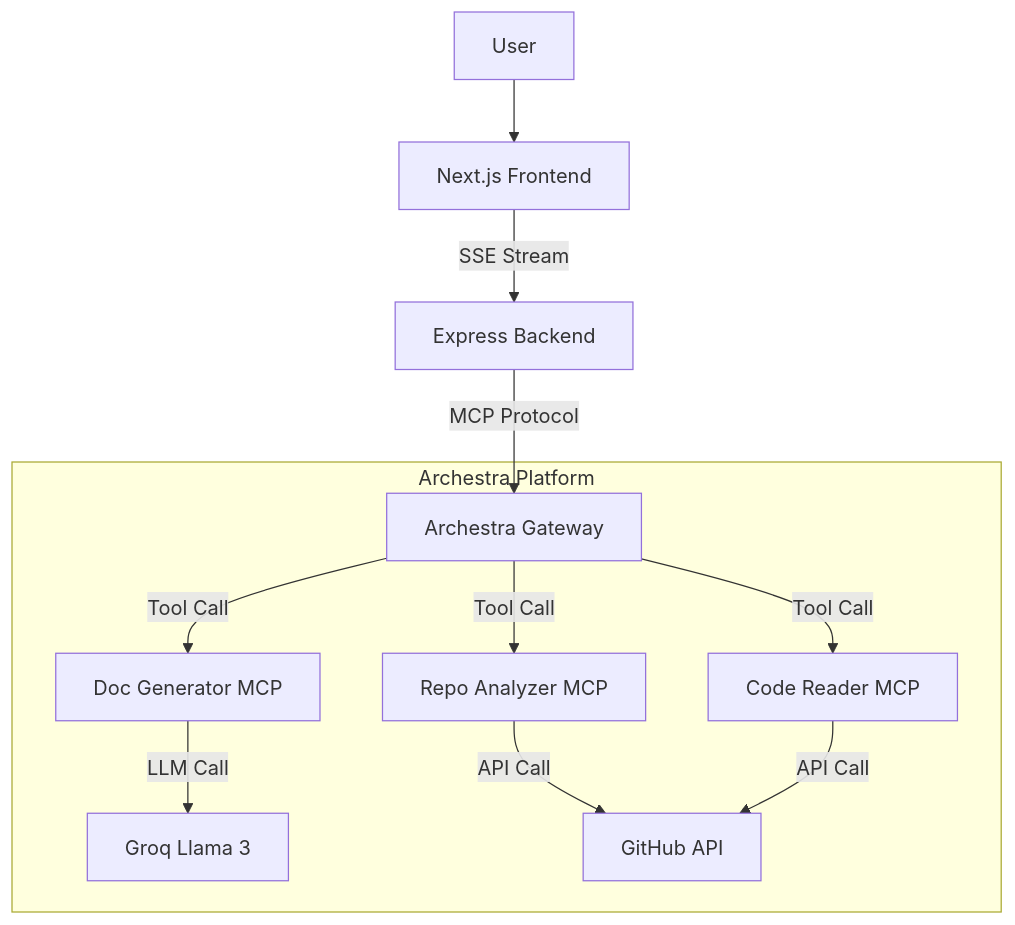
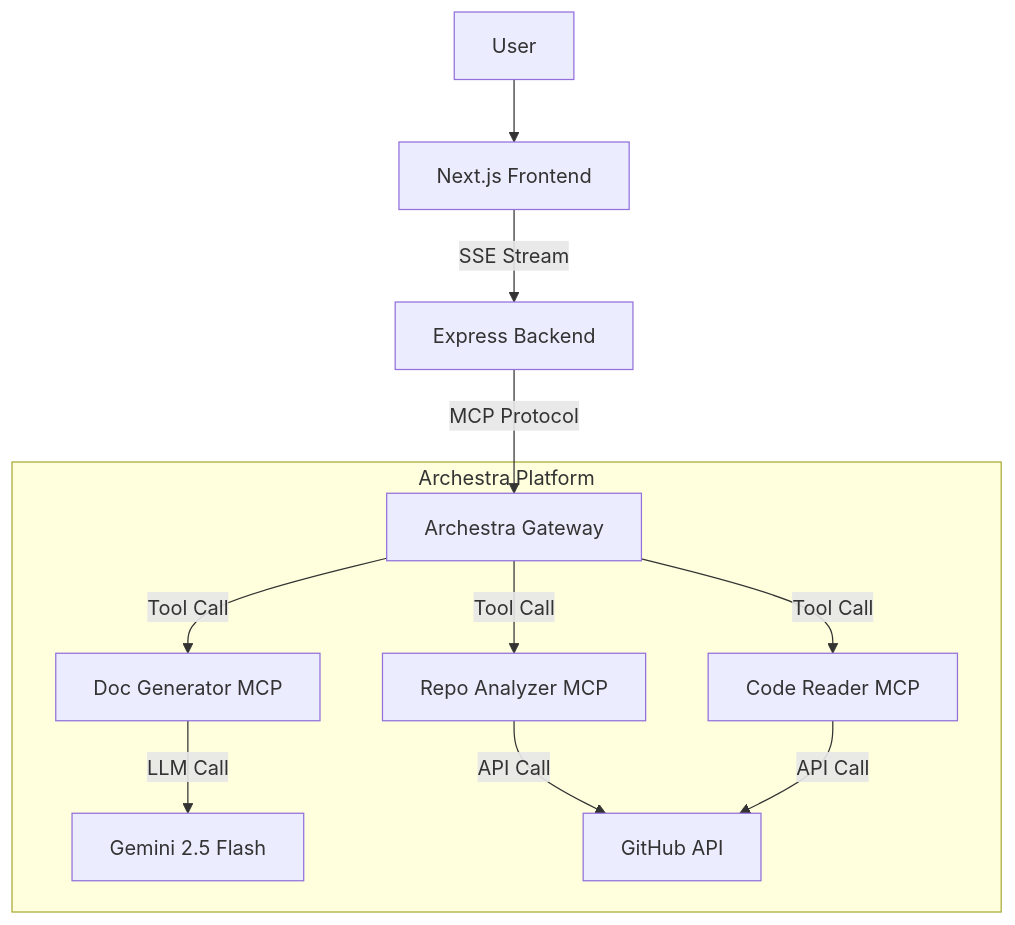
Before and after one commit to yadnyeshkolte/readmere: the diagram in docs/ARCHITECTURE.md, drawn with Mermaid. The commit also changed other lines of this file and 13 other files, not shown here.

````diff
--- a/docs/ARCHITECTURE.md
+++ b/docs/ARCHITECTURE.md
@@ -9,16 +9,16 @@
 ```mermaid
 graph TD
     User[User] --> Frontend[Next.js Frontend]
     Frontend -->|SSE Stream| Backend[Express Backend]
     Backend -->|MCP Protocol| Archestra[Archestra Gateway]
     
     subgraph "Archestra Platform"
         Archestra -->|Tool Call| Agent1[Repo Analyzer MCP]
         Archestra -->|Tool Call| Agent2[Code Reader MCP]
         Archestra -->|Tool Call| Agent3[Doc Generator MCP]
         
-        Agent3 -->|LLM Call| Groq[Groq Llama 3]
+        Agent3 -->|LLM Call| Gemini[Gemini 2.5 Flash]
         Agent1 -->|API Call| GitHub[GitHub API]
         Agent2 -->|API Call| GitHub
     end
 ```
````
